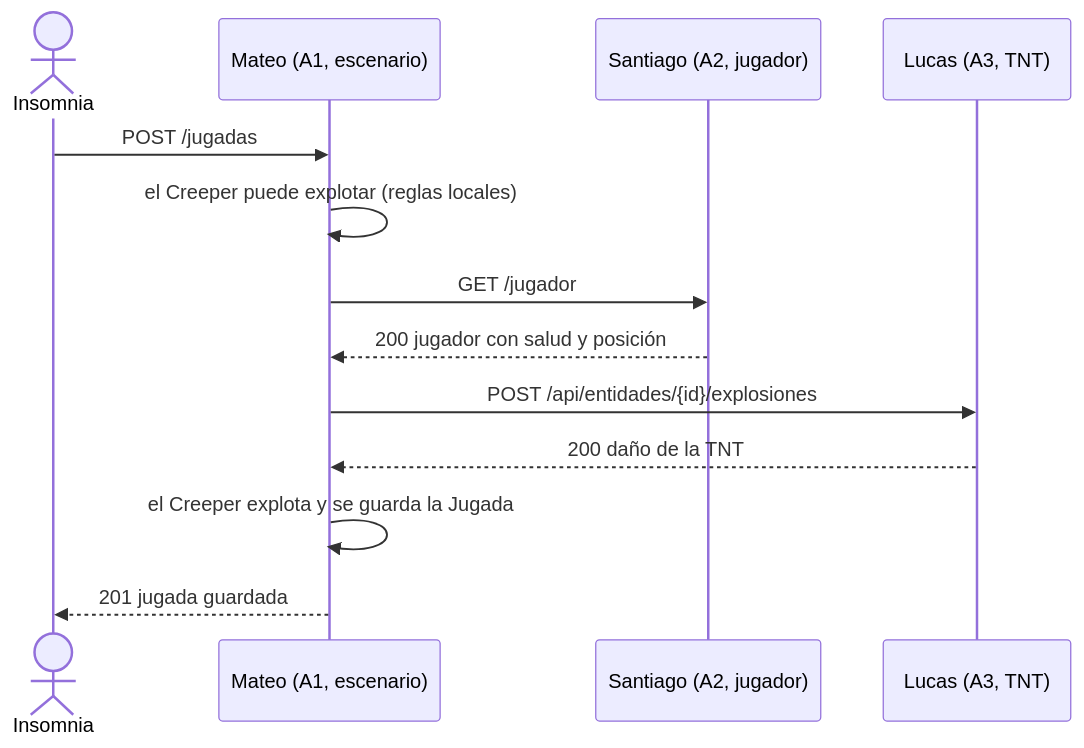
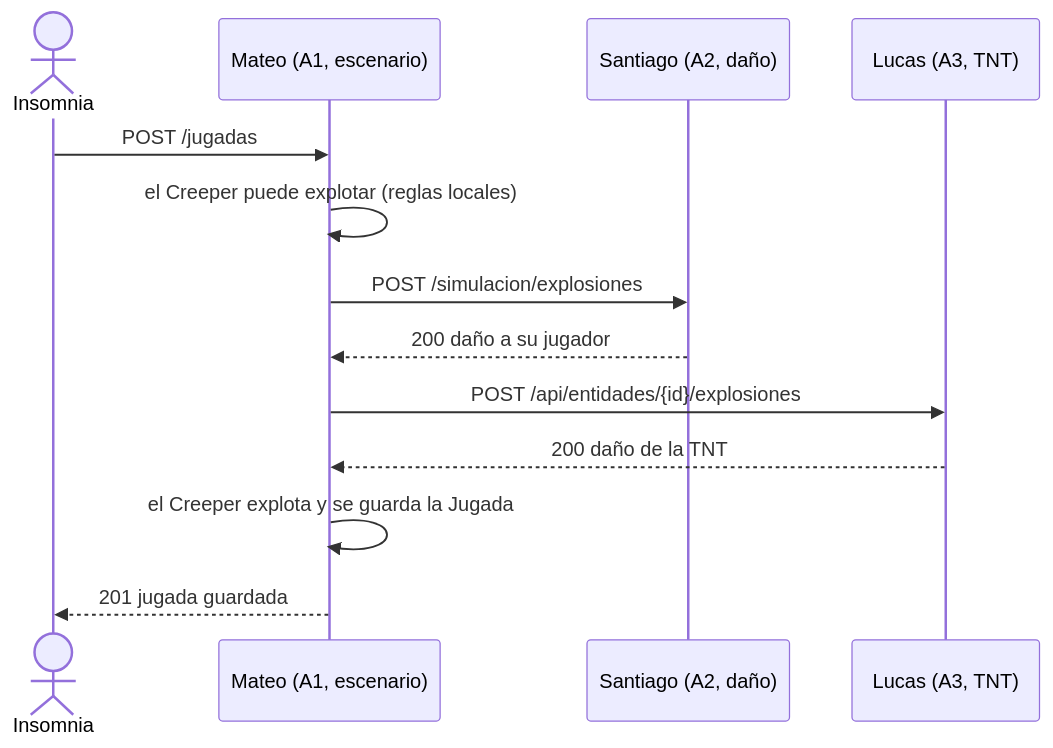
One commit to MatRF04/mr-taller-git-2026 changed the first of 3 diagrams in README.md. Above: the diagram before and after it, drawn with Mermaid. The commit also changed other lines of this file and 15 other files, not shown here.

Commit message:
docs: README, bitácora e Insomnia con la regla de daño de Santiago

````diff
--- a/README.md
+++ b/README.md
@@ -92,16 +93,16 @@
 ```mermaid
 sequenceDiagram
     actor Cliente as Insomnia
     participant A1 as Mateo (A1, escenario)
-    participant A2 as Santiago (A2, jugador)
+    participant A2 as Santiago (A2, daño)
     participant A3 as Lucas (A3, TNT)
 
     Cliente->>A1: POST /jugadas
     A1->>A1: el Creeper puede explotar (reglas locales)
-    A1->>A2: GET /jugador
-    A2-->>A1: 200 jugador con salud y posición
+    A1->>A2: POST /simulacion/explosiones
+    A2-->>A1: 200 daño a su jugador
     A1->>A3: POST /api/entidades/{id}/explosiones
     A3-->>A1: 200 daño de la TNT
     A1->>A1: el Creeper explota y se guarda la Jugada
     A1-->>Cliente: 201 jugada guardada
 ```
````
